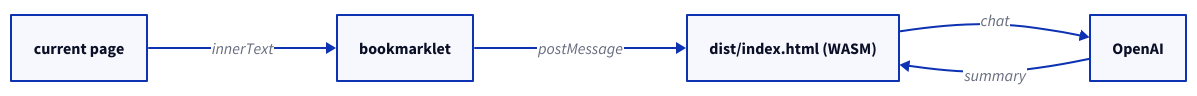
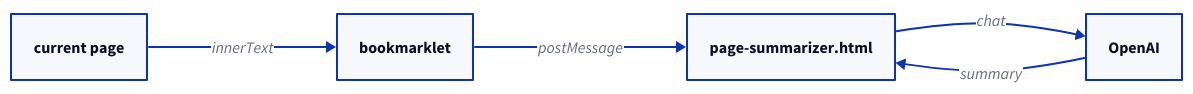
The diagram in docs/v2/examples/page-summarizer.md (kdeps/kdeps), drawn with D2 before and after one commit. The commit also changed other lines of this file and 12 other files, not shown here.

First line of the commit message:
fix(wasm): write a standalone HTML file; bookmarklet needs no server

````diff
--- a/docs/v2/examples/page-summarizer.md
+++ b/docs/v2/examples/page-summarizer.md
@@ -7,11 +7,11 @@
 ```d2
 direction: right
 Tab: current page {shape: rectangle}
 BM: bookmarklet {shape: rectangle}
-App: dist/index.html (WASM) {shape: rectangle}
+App: page-summarizer.html {shape: rectangle}
 LLM: OpenAI {shape: rectangle}
 Tab -> BM: innerText
 BM -> App: postMessage
 App -> LLM: chat
 LLM -> App: summary
 ```
````
